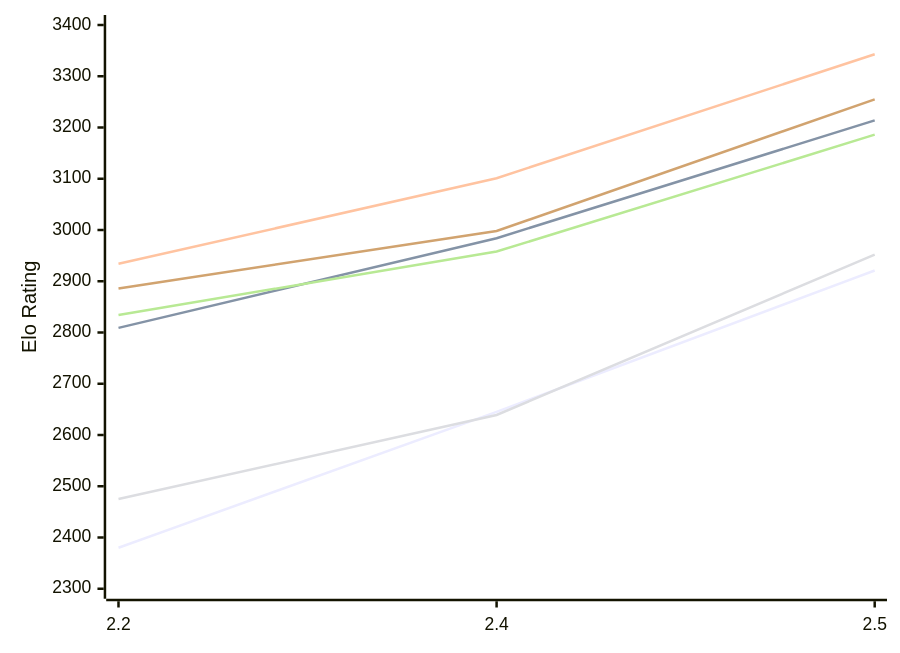
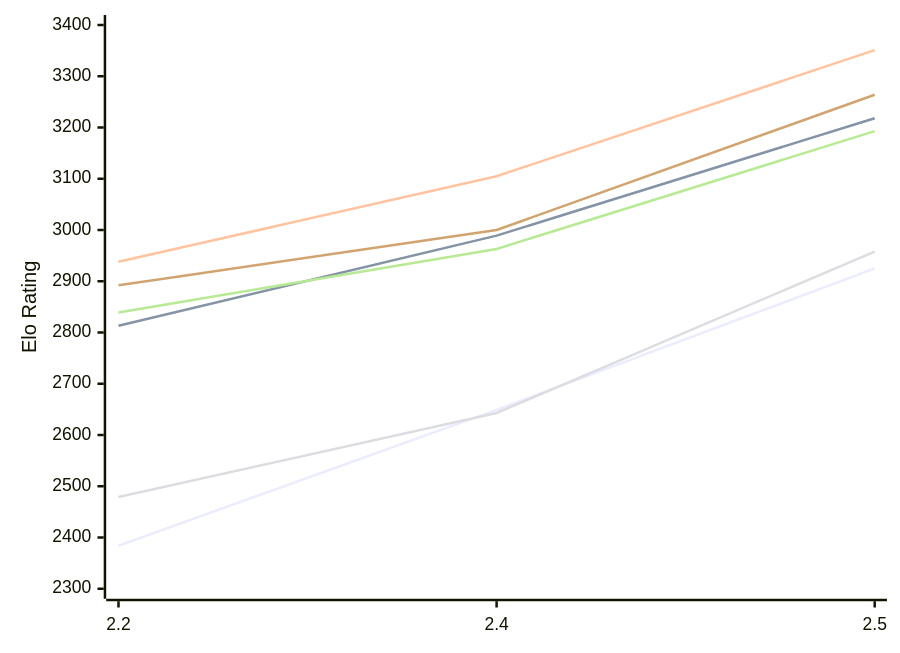
One commit to computer-chess-index/cci changed the first of 2 diagrams in engines/Sloth.md. Above: the diagram before and after it, drawn with Mermaid. The commit also changed other lines of this file, not shown here.

Commit message:
Update CCI Ratings (ELO VLTC) - 2026-11-20

````diff
--- a/engines/Sloth.md
+++ b/engines/Sloth.md
@@ -52,12 +52,12 @@
 ```mermaid
 %%{init: {"theme":"base","themeVariables":{"seriesColors:['#a3a3a3','#222221','#faa371']}}}%%
 xychart-beta
   x-axis ["2.2", "2.4", "2.5"]
   y-axis "Elo Rating" 2300 --> 3400
-  line "E1: STC (8.0+0.08s)" [2380, 2645, 2921]
-  line "E1: LTC (60.0+0.60s)" [2809, 2984, 3214]
-  line "E1: VLTC (2m24s+1.12s)" [2934, 3101, 3343]
-  line "P1: STC (8.0+0.08s)" [2475, 2639, 2952]
-  line "P1: LTC (60.0+0.60s)" [2834, 2958, 3186]
-  line "P1: VLTC (2m24s+1.12s)" [2886, 2998, 3255]
+  line "E1: STC (8.0+0.08s)" [2384, 2649, 2925]
+  line "E1: LTC (60.0+0.60s)" [2813, 2989, 3218]
+  line "E1: VLTC (2m24s+1.12s)" [2938, 3105, 3351]
+  line "P1: STC (8.0+0.08s)" [2479, 2643, 2958]
+  line "P1: LTC (60.0+0.60s)" [2839, 2963, 3193]
+  line "P1: VLTC (2m24s+1.12s)" [2892, 3000, 3264]
 ```
````
